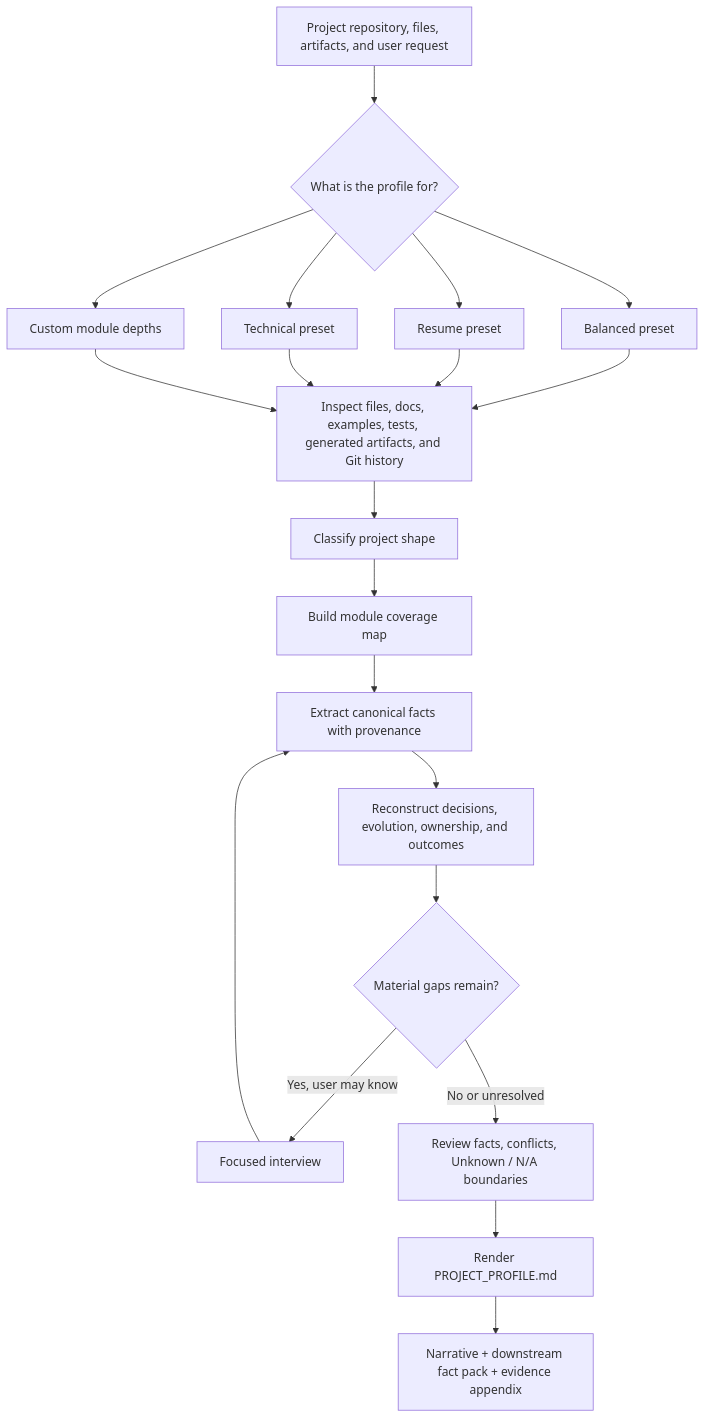
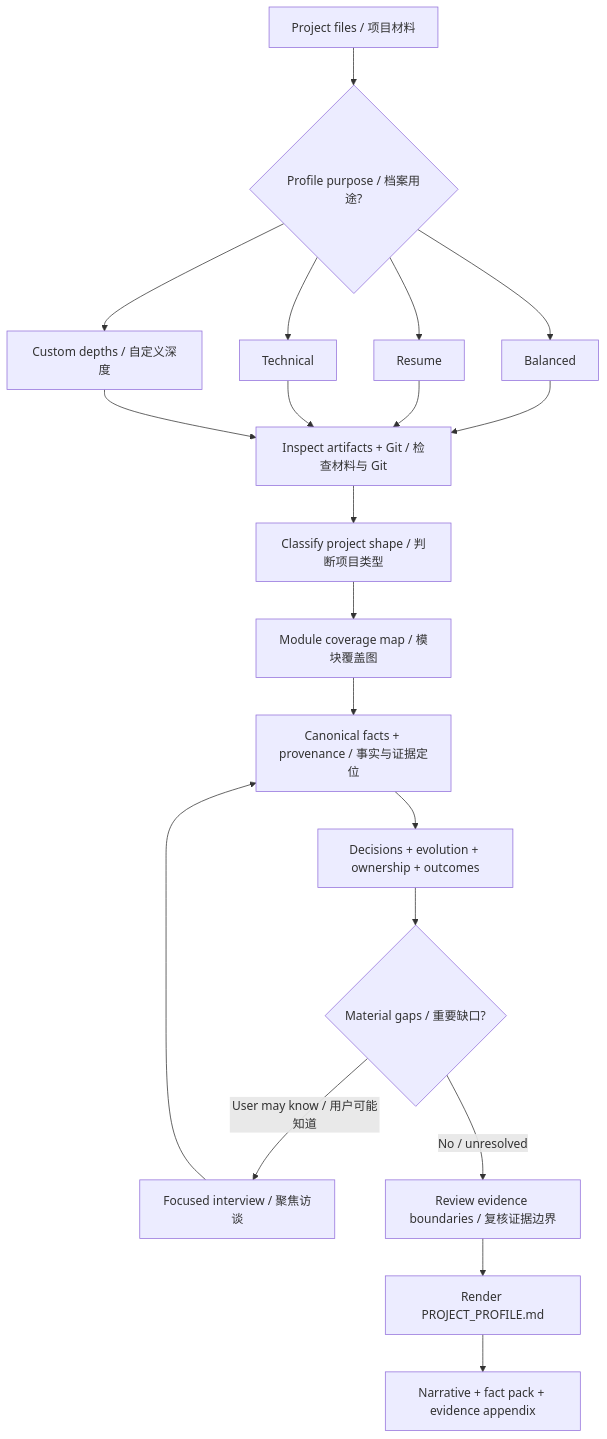
One commit to lwyp41/project-profile changed the diagram in README.md. Above: the diagram before and after it, drawn with Mermaid. The commit also changed other lines of this file, not shown here.

````diff
--- a/README.md
+++ b/README.md
@@ -51,26 +56,26 @@
 ```mermaid
 flowchart TB
-    Input[Project repository, files, artifacts, and user request] --> Intent{What is the profile for?}
+    Input[Project files / 项目材料] --> Intent{Profile purpose / 档案用途?}
 
-    Intent --> Balanced[Balanced preset]
-    Intent --> Resume[Resume preset]
-    Intent --> Technical[Technical preset]
-    Intent --> Custom[Custom module depths]
+    Intent --> Balanced[Balanced]
+    Intent --> Resume[Resume]
+    Intent --> Technical[Technical]
+    Intent --> Custom[Custom depths / 自定义深度]
 
     Balanced --> Inspect
     Resume --> Inspect
     Technical --> Inspect
     Custom --> Inspect
 
-    Inspect[Inspect files, docs, examples, tests, generated artifacts, and Git history]
-      --> Classify[Classify project shape]
-    Classify --> Coverage[Build module coverage map]
-    Coverage --> Facts[Extract canonical facts with provenance]
-    Facts --> Reconstruct[Reconstruct decisions, evolution, ownership, and outcomes]
-    Reconstruct --> Gaps{Material gaps remain?}
-    Gaps -->|Yes, user may know| Interview[Focused interview]
+    Inspect[Inspect artifacts + Git / 检查材料与 Git]
+      --> Classify[Classify project shape / 判断项目类型]
+    Classify --> Coverage[Module coverage map / 模块覆盖图]
+    Coverage --> Facts[Canonical facts + provenance / 事实与证据定位]
+    Facts --> Reconstruct[Decisions + evolution + ownership + outcomes]
+    Reconstruct --> Gaps{Material gaps / 重要缺口?}
+    Gaps -->|User may know / 用户可能知道| Interview[Focused interview / 聚焦访谈]
     Interview --> Facts
-    Gaps -->|No or unresolved| Review[Review facts, conflicts, Unknown / N/A boundaries]
+    Gaps -->|No / unresolved| Review[Review evidence boundaries / 复核证据边界]
     Review --> Render[Render PROJECT_PROFILE.md]
-    Render --> Output[Narrative + downstream fact pack + evidence appendix]
+    Render --> Output[Narrative + fact pack + evidence appendix]
 ```
````
